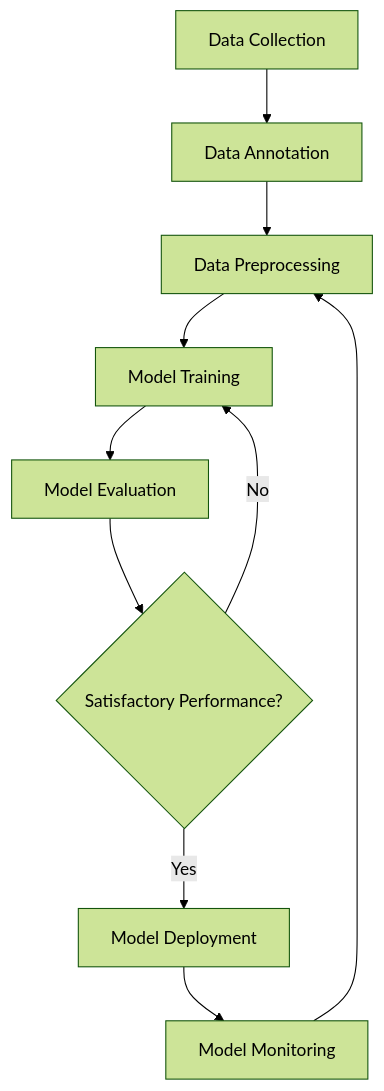
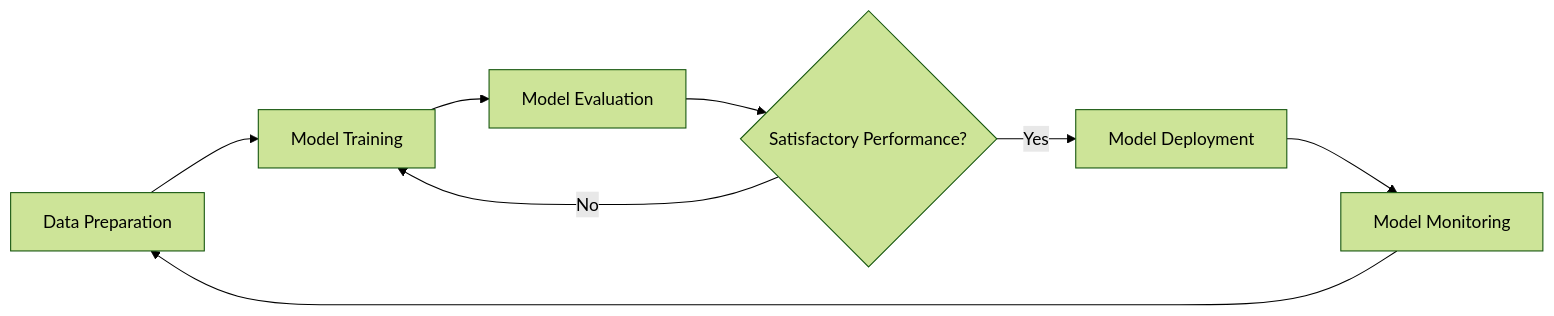
One commit to MichaelAkridge-NOAA/open-science-ai-toolkit changed the diagram in README.md. Above: the diagram before and after it, drawn with Mermaid (forest theme).

````diff
--- a/README.md
+++ b/README.md
@@ -5,12 +5,10 @@
 ```mermaid
-flowchart TD
-  A[Data Collection] --> B[Data Annotation]
-  B --> C[Data Preprocessing]
-  C --> D[Model Training]
+flowchart LR
+  ABC[Data Preparation] --> D[Model Training]
   D --> E[Model Evaluation]
   E --> F{Satisfactory Performance?}
   F -->|Yes| G[Model Deployment]
   F -->|No| D
   G --> H[Model Monitoring]
-  H --> C
+  H --> ABC
 ```
````
